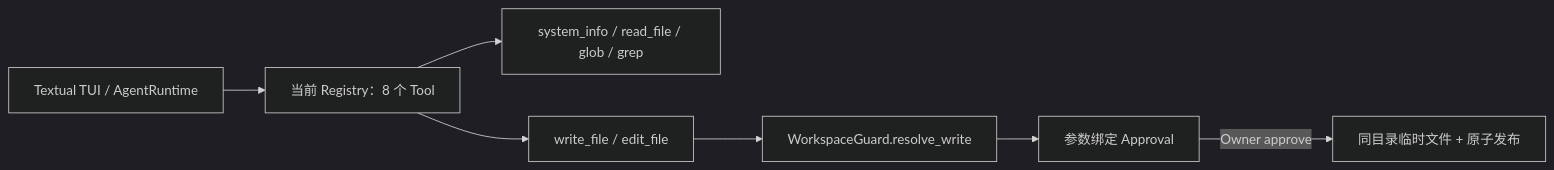
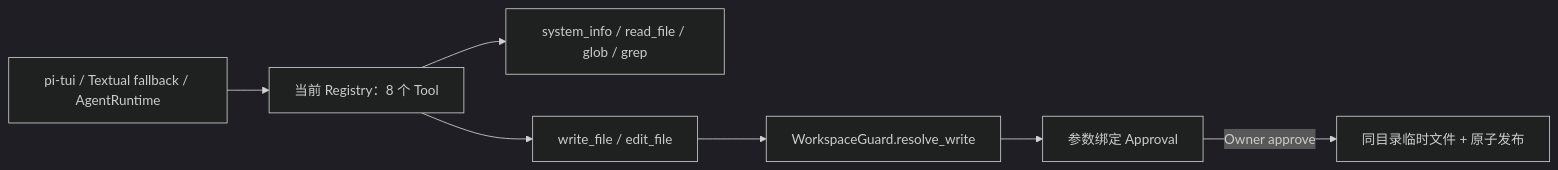
One commit to NEDONION/lobster0 changed the first of 3 diagrams in docs/engineering/phase-2/filesystem-tools.md. Above: the diagram before and after it, drawn with Mermaid (dark theme). The commit also changed other lines of this file and 25 other files, not shown here.

Commit message:
docs(tui): document pi-tui architecture and release gate

````diff
--- a/docs/engineering/phase-2/filesystem-tools.md
+++ b/docs/engineering/phase-2/filesystem-tools.md
@@ -26,9 +26,9 @@
 ```mermaid
 flowchart LR
-    MODEL["Textual TUI / AgentRuntime"] --> REGISTRY["当前 Registry：8 个 Tool"]
+    MODEL["pi-tui / Textual fallback / AgentRuntime"] --> REGISTRY["当前 Registry：8 个 Tool"]
     REGISTRY --> READ["system_info / read_file / glob / grep"]
     REGISTRY --> WRITE["write_file / edit_file"]
     WRITE --> GUARD["WorkspaceGuard.resolve_write"]
     GUARD --> APPROVAL["参数绑定 Approval"]
     APPROVAL -->|"Owner approve"| ATOMIC["同目录临时文件 + 原子发布"]
 ```
````
